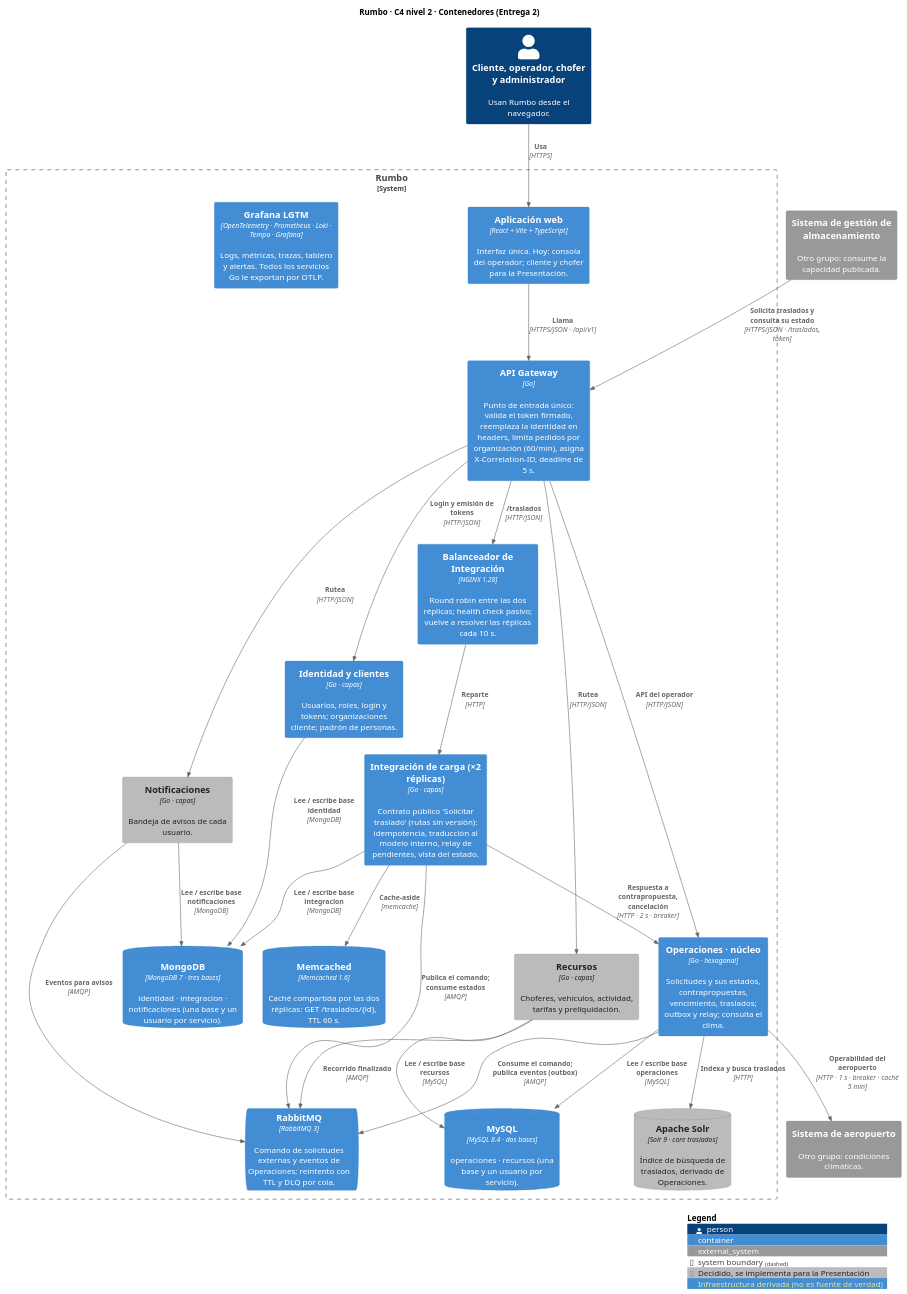
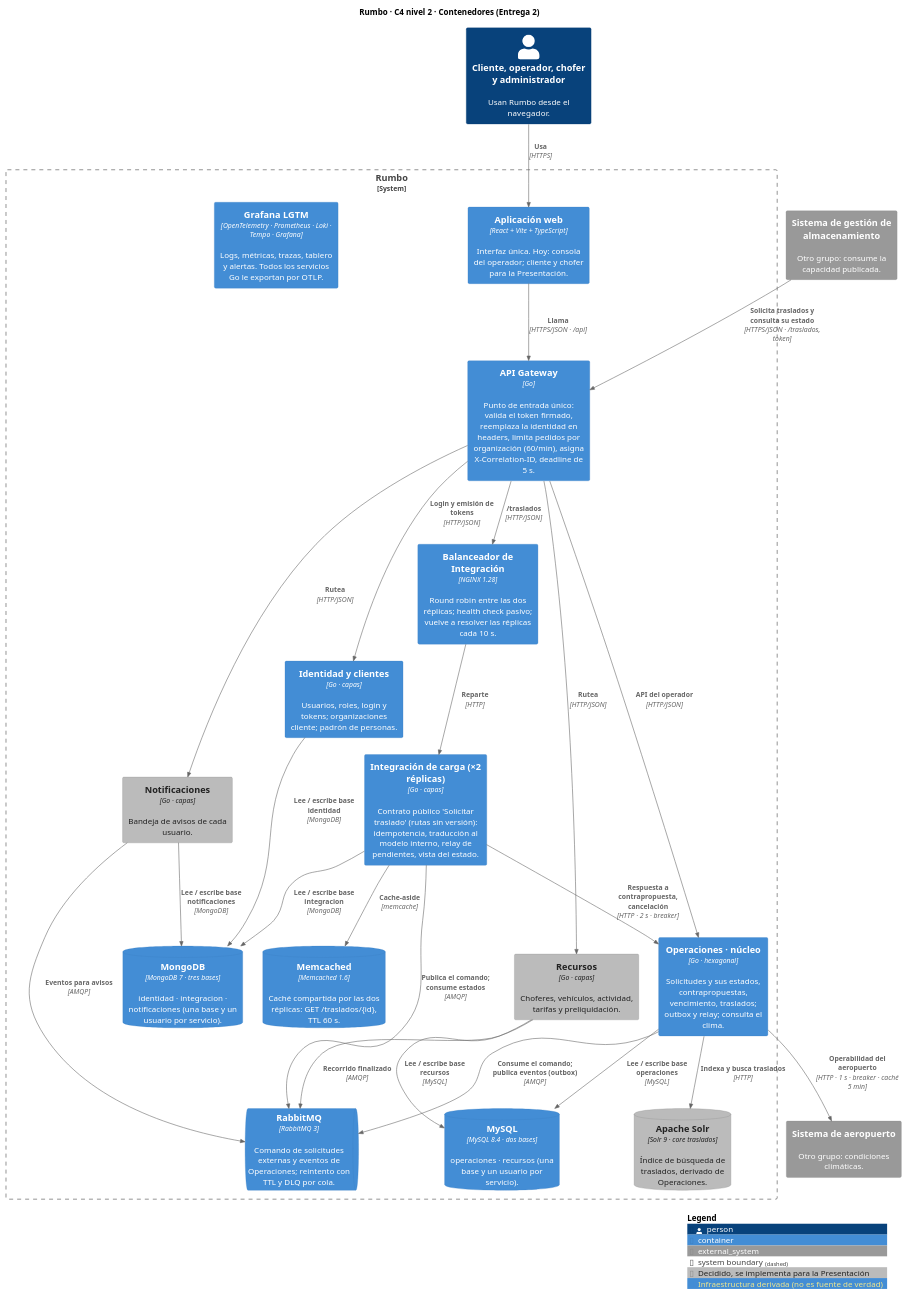
One commit to francoroblesss/Rumbo changed the diagram in docs/diagramas/c4-contenedores.puml. Above: the diagram before and after it, drawn with PlantUML. The commit also changed 24 other files, not shown here.

```diff
--- a/docs/diagramas/c4-contenedores.puml
+++ b/docs/diagramas/c4-contenedores.puml
@@ -1,59 +1,59 @@
 @startuml c4-contenedores
 ' Rumbo — C4 nivel 2: contenedores. Fuente del diagrama; se renderiza con docs/diagramas/README.md.
 !include <C4/C4_Container>
 
 AddElementTag("pendiente", $bgColor="#bbbbbb", $borderColor="#888888", $fontColor="#222222", $legendText="Decidido, se implementa para la Presentación")
 AddElementTag("infra", $bgColor="#438dd5", $legendText="Infraestructura derivada (no es fuente de verdad)")
 
 title Rumbo · C4 nivel 2 · Contenedores (Entrega 2)
 
 Person(usuarios, "Cliente, operador, chofer y administrador", "Usan Rumbo desde el navegador.")
 System_Ext(almacenamiento, "Sistema de gestión de almacenamiento", "Otro grupo: consume la capacidad publicada.")
 System_Ext(aeropuerto, "Sistema de aeropuerto", "Otro grupo: condiciones climáticas.")
 
 System_Boundary(rumbo, "Rumbo") {
   Container(web, "Aplicación web", "React + Vite + TypeScript", "Interfaz única. Hoy: consola del operador; cliente y chofer para la Presentación.")
   Container(gateway, "API Gateway", "Go", "Punto de entrada único: valida el token firmado, reemplaza la identidad en headers, limita pedidos por organización (60/min), asigna X-Correlation-ID, deadline de 5 s.")
 
   Container(identidad, "Identidad y clientes", "Go · capas", "Usuarios, roles, login y tokens; organizaciones cliente; padrón de personas.")
   Container(balanceador, "Balanceador de Integración", "NGINX 1.28", "Round robin entre las dos réplicas; health check pasivo; vuelve a resolver las réplicas cada 10 s.")
   Container(integracion, "Integración de carga (×2 réplicas)", "Go · capas", "Contrato público 'Solicitar traslado' (rutas sin versión): idempotencia, traducción al modelo interno, relay de pendientes, vista del estado.")
   Container(operaciones, "Operaciones · núcleo", "Go · hexagonal", "Solicitudes y sus estados, contrapropuestas, vencimiento, traslados; outbox y relay; consulta el clima.")
   Container(recursos, "Recursos", "Go · capas", "Choferes, vehículos, actividad, tarifas y preliquidación.", $tags="pendiente")
   Container(notificaciones, "Notificaciones", "Go · capas", "Bandeja de avisos de cada usuario.", $tags="pendiente")
 
   ContainerDb(mongo, "MongoDB", "MongoDB 7 · tres bases", "identidad · integracion · notificaciones (una base y un usuario por servicio).")
   ContainerDb(mysql, "MySQL", "MySQL 8.4 · dos bases", "operaciones · recursos (una base y un usuario por servicio).")
   ContainerDb(memcached, "Memcached", "Memcached 1.6", "Caché compartida por las dos réplicas: GET /traslados/{id}, TTL 60 s.", $tags="infra")
   ContainerQueue(rabbit, "RabbitMQ", "RabbitMQ 3", "Comando de solicitudes externas y eventos de Operaciones; reintento con TTL y DLQ por cola.")
   ContainerDb(solr, "Apache Solr", "Solr 9 · core traslados", "Índice de búsqueda de traslados, derivado de Operaciones.", $tags="pendiente")
   Container(lgtm, "Grafana LGTM", "OpenTelemetry · Prometheus · Loki · Tempo · Grafana", "Logs, métricas, trazas, tablero y alertas. Todos los servicios Go le exportan por OTLP.", $tags="infra")
 }
 
 Rel(usuarios, web, "Usa", "HTTPS")
-Rel(web, gateway, "Llama", "HTTPS/JSON · /api/v1")
+Rel(web, gateway, "Llama", "HTTPS/JSON · /api")
 Rel(almacenamiento, gateway, "Solicita traslados y consulta su estado", "HTTPS/JSON · /traslados, token")
 
 Rel(gateway, identidad, "Login y emisión de tokens", "HTTP/JSON")
 Rel(gateway, balanceador, "/traslados", "HTTP/JSON")
 Rel(gateway, operaciones, "API del operador", "HTTP/JSON")
 Rel(gateway, recursos, "Rutea", "HTTP/JSON")
 Rel(gateway, notificaciones, "Rutea", "HTTP/JSON")
 Rel(balanceador, integracion, "Reparte", "HTTP")
 
 Rel(integracion, memcached, "Cache-aside", "memcache")
 Rel(integracion, mongo, "Lee / escribe base integracion", "MongoDB")
 Rel(integracion, operaciones, "Respuesta a contrapropuesta, cancelación", "HTTP · 2 s · breaker")
 Rel(integracion, rabbit, "Publica el comando; consume estados", "AMQP")
 Rel(operaciones, rabbit, "Consume el comando; publica eventos (outbox)", "AMQP")
 Rel(operaciones, mysql, "Lee / escribe base operaciones", "MySQL")
 Rel(operaciones, aeropuerto, "Operabilidad del aeropuerto", "HTTP · 1 s · breaker · caché 5 min")
 Rel(operaciones, solr, "Indexa y busca traslados", "HTTP")
 Rel(identidad, mongo, "Lee / escribe base identidad", "MongoDB")
 Rel(recursos, mysql, "Lee / escribe base recursos", "MySQL")
 Rel(notificaciones, mongo, "Lee / escribe base notificaciones", "MongoDB")
 Rel(recursos, rabbit, "Recorrido finalizado", "AMQP")
 Rel(notificaciones, rabbit, "Eventos para avisos", "AMQP")
 
 SHOW_LEGEND()
 @enduml
```
